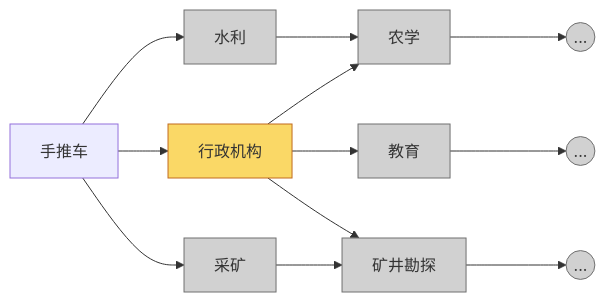
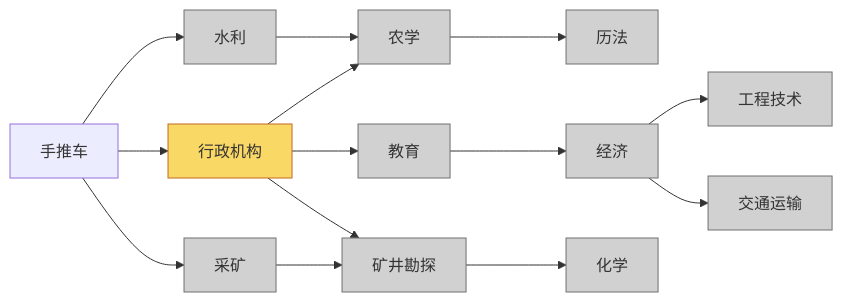
Before and after one commit to HkingAuditore/ToyEmpiresDocuments: the second of 8 diagrams in 设计文档/建筑1.md, drawn with Mermaid. The commit also changed other lines of this file and 2 other files, not shown here.

````diff
--- a/设计文档/建筑1.md
+++ b/设计文档/建筑1.md
@@ -156,13 +160,15 @@
     ``` mermaid
     flowchart LR
         A[手推车] --> D[水利]:::notmain;
         A --> B["行政机构"]:::target;
         A --> C[采矿]:::notmain;
         D --> E[农学]:::notmain;
         C --> I[矿井勘探]:::notmain;
-        B --> E ---> d0((...)):::notmain;
-        B --> J[教育]:::notmain---> d1((...)):::notmain;
-        B --> I---> d2((...)):::notmain;
+        B --> E ---> d0[历法]:::notmain;
+        B --> J[教育]:::notmain---> d1[经济]:::notmain;
+        d1 --> K[工程技术]:::notmain
+        d1 --> L[交通运输]:::notmain
+        B --> I---> d2[化学]:::notmain;
     classDef notmain fill:#d1d1d1, stroke:#707070;
     classDef target fill:#fad866, stroke:#c16b1f;
     ```
````
